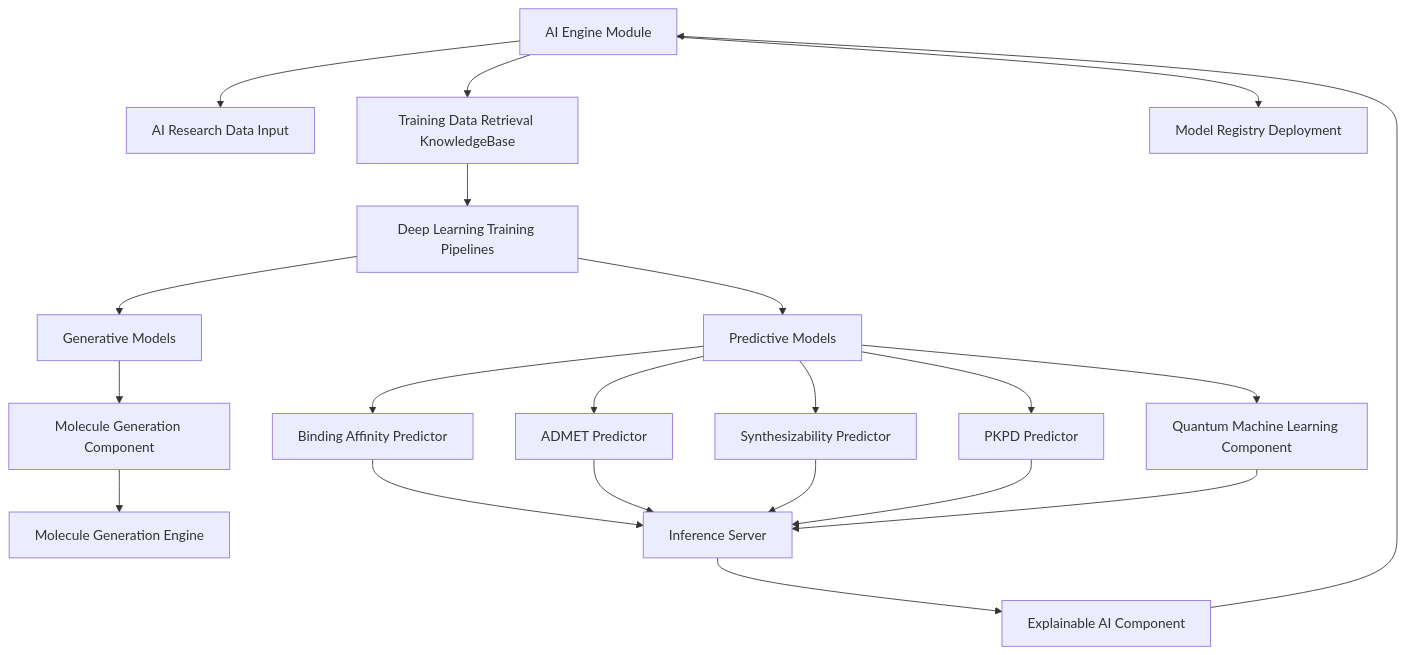
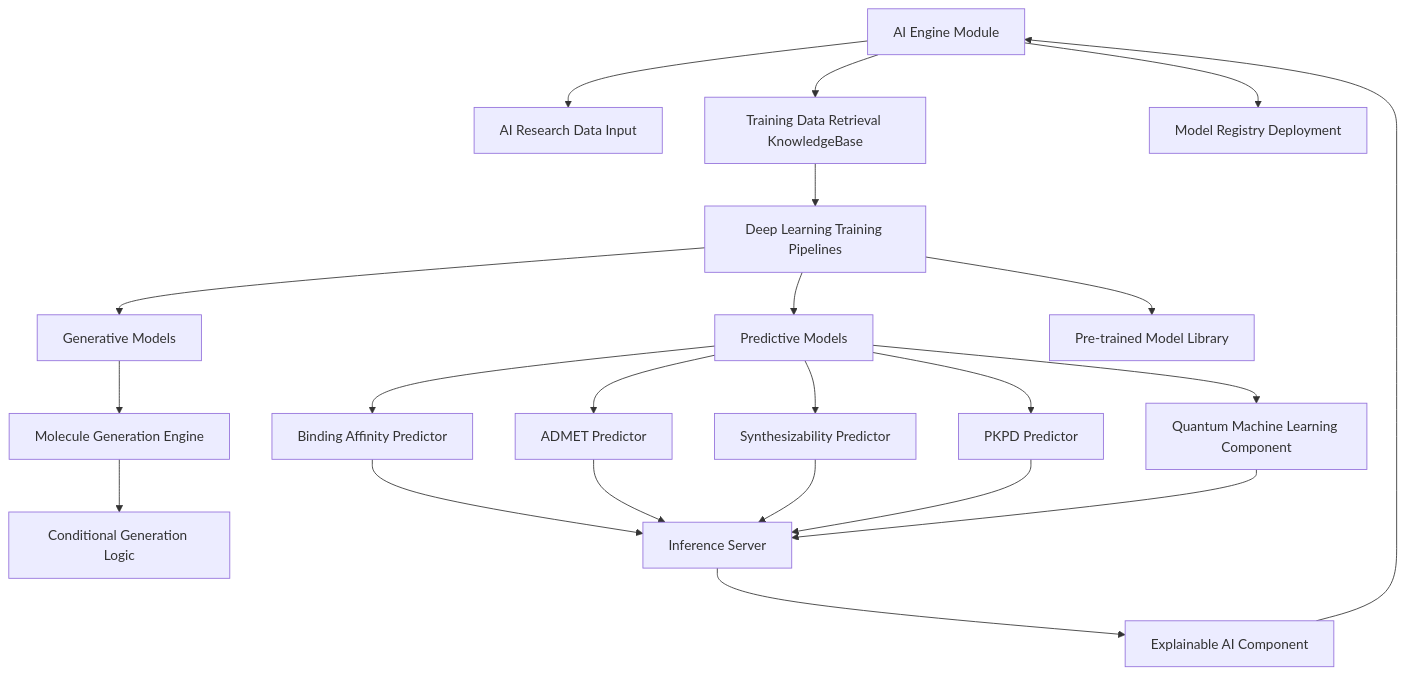
One commit to diplomat-bit/Citibank_Demo_Business_Inc_Demonstration- changed the third of 10 diagrams in inventions/075_ai_drug_discovery_simulation.md. Above: the diagram before and after it, drawn with Mermaid. The commit also changed other lines of this file, not shown here.

````diff
--- a/inventions/075_ai_drug_discovery_simulation.md
+++ b/inventions/075_ai_drug_discovery_simulation.md
@@ -180,23 +267,24 @@
 ```mermaid
 graph TD
     AE[AI Engine Module] --> AR[AI Research Data Input]
     AE --> TR[Training Data Retrieval KnowledgeBase]
     TR --> DL[Deep Learning Training Pipelines]
     DL --> GM[Generative Models]
     DL --> PM[Predictive Models]
-    GM --> MG[Molecule Generation Component]
+    GM --> MGE[Molecule Generation Engine]
     PM --> BAP[Binding Affinity Predictor]
     PM --> ADMETP[ADMET Predictor]
     PM --> SYNP[Synthesizability Predictor]
     PM --> PKPDP[PKPD Predictor]
     PM --> QMLC[Quantum Machine Learning Component]
-    MG --> MGE[Molecule Generation Engine]
+    MGE --> CONDGEN[Conditional Generation Logic]
     BAP --> INF[Inference Server]
     ADMETP --> INF
     SYNP --> INF
     PKPDP --> INF
     QMLC --> INF
     INF --> XAIC[Explainable AI Component]
     XAIC --> AE
     AE --> MR[Model Registry Deployment]
+    DL --> PRETRAIN[Pre-trained Model Library]
 ```
````
